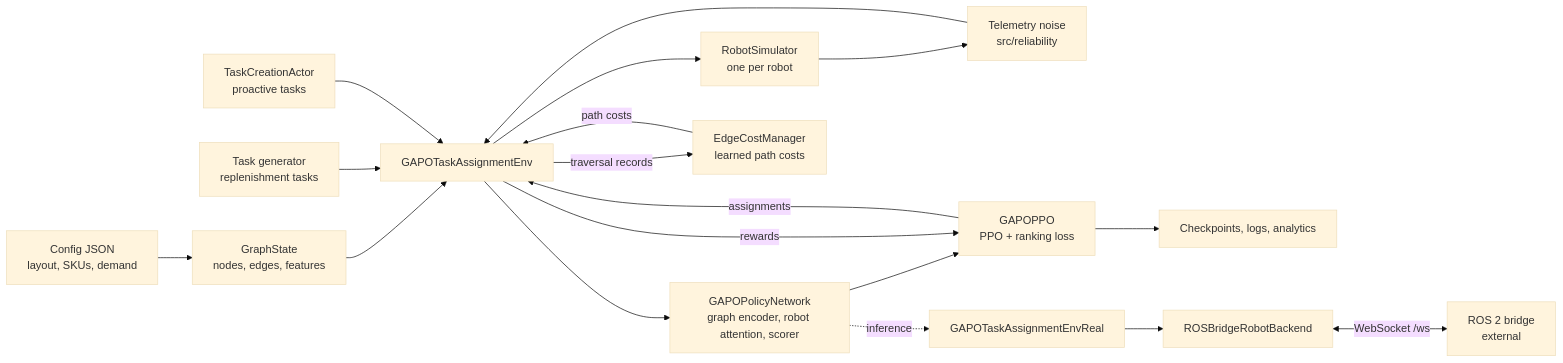
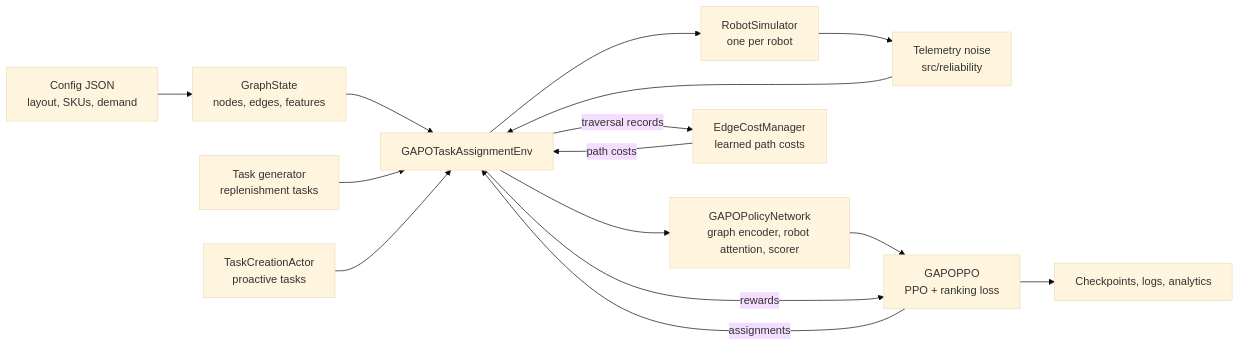
The diagram in README.md (nikhilr2907/CareAI), drawn with Mermaid (base theme) before and after one commit. The commit also changed other lines of this file, not shown here.

Commit message:
docs: remove real-robot and ROS bridge references from README

````diff
--- a/README.md
+++ b/README.md
@@ -21,20 +21,17 @@
 ```mermaid
 flowchart LR
     CFG[Config JSON<br/>layout, SKUs, demand] --> GS[GraphState<br/>nodes, edges, features]
     GS --> ENV[GAPOTaskAssignmentEnv]
     TG[Task generator<br/>replenishment tasks] --> ENV
     TCA[TaskCreationActor<br/>proactive tasks] --> ENV
     ENV --> SIM[RobotSimulator<br/>one per robot]
     SIM --> NOISE[Telemetry noise<br/>src/reliability]
     NOISE --> ENV
     ENV --> POL[GAPOPolicyNetwork<br/>graph encoder, robot attention, scorer]
     POL --> PPO[GAPOPPO<br/>PPO + ranking loss]
     PPO -->|assignments| ENV
     ENV -->|rewards| PPO
     ENV -->|traversal records| EC[EdgeCostManager<br/>learned path costs]
     EC -->|path costs| ENV
     PPO --> OUT[Checkpoints, logs, analytics]
-    POL -.->|inference| ENVR[GAPOTaskAssignmentEnvReal]
-    ENVR --> BE[ROSBridgeRobotBackend]
-    BE <-->|WebSocket /ws| ROS[ROS 2 bridge<br/>external]
 ```
````
